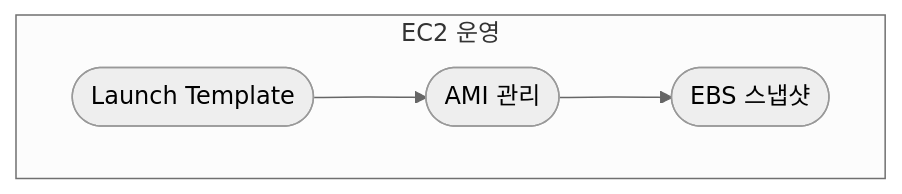
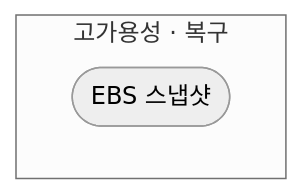
One commit to gwonmin/QuizNox_front changed the fourth of 6 diagrams in public/handbook/soa/overview.md. Above: the diagram before and after it, drawn with Mermaid (neutral theme). The commit also changed other lines of this file and 125 other files, not shown here.

````diff
--- a/public/handbook/soa/overview.md
+++ b/public/handbook/soa/overview.md
@@ -38,9 +115,7 @@
 ```mermaid
 flowchart TB
-  subgraph ec2 [EC2 운영]
-    LT([Launch Template])
-    AM([AMI 관리])
+  subgraph ha [고가용성 · 복구]
     ES([EBS 스냅샷])
   end
-  LT --> AM --> ES
+  ES
 ```
````
